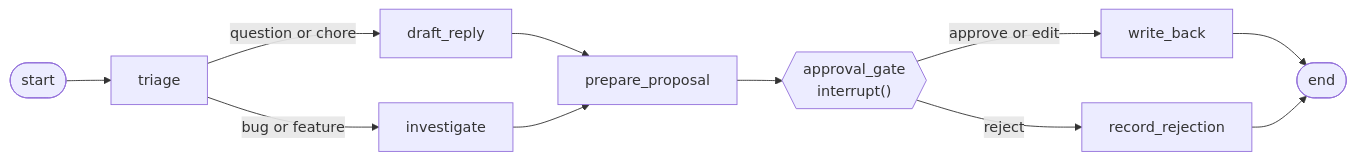
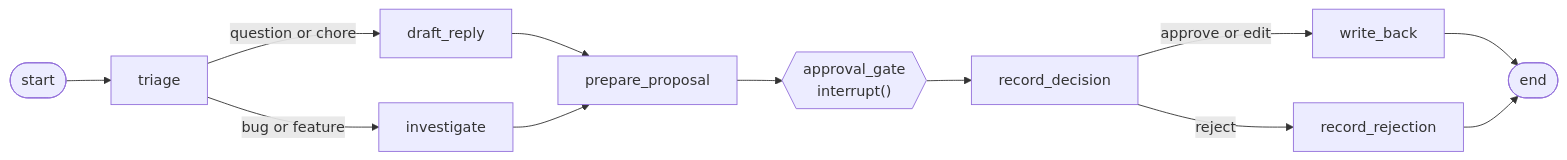
Before and after one commit to bamseynet/poc-langgraph-swe-tickets: the diagram in README.md, drawn with Mermaid. The commit also changed 21 other files, not shown here.

````diff
--- a/README.md
+++ b/README.md
@@ -15,13 +15,14 @@
 ```mermaid
 flowchart LR
     START([start]) --> triage
     triage -->|question or chore| draft_reply
     triage -->|bug or feature| investigate
     draft_reply --> prepare_proposal
     investigate --> prepare_proposal
     prepare_proposal --> approval_gate{{"approval_gate<br/>interrupt()"}}
-    approval_gate -->|approve or edit| write_back
-    approval_gate -->|reject| record_rejection
+    approval_gate --> record_decision
+    record_decision -->|approve or edit| write_back
+    record_decision -->|reject| record_rejection
     write_back --> END([end])
     record_rejection --> END
 ```
````
